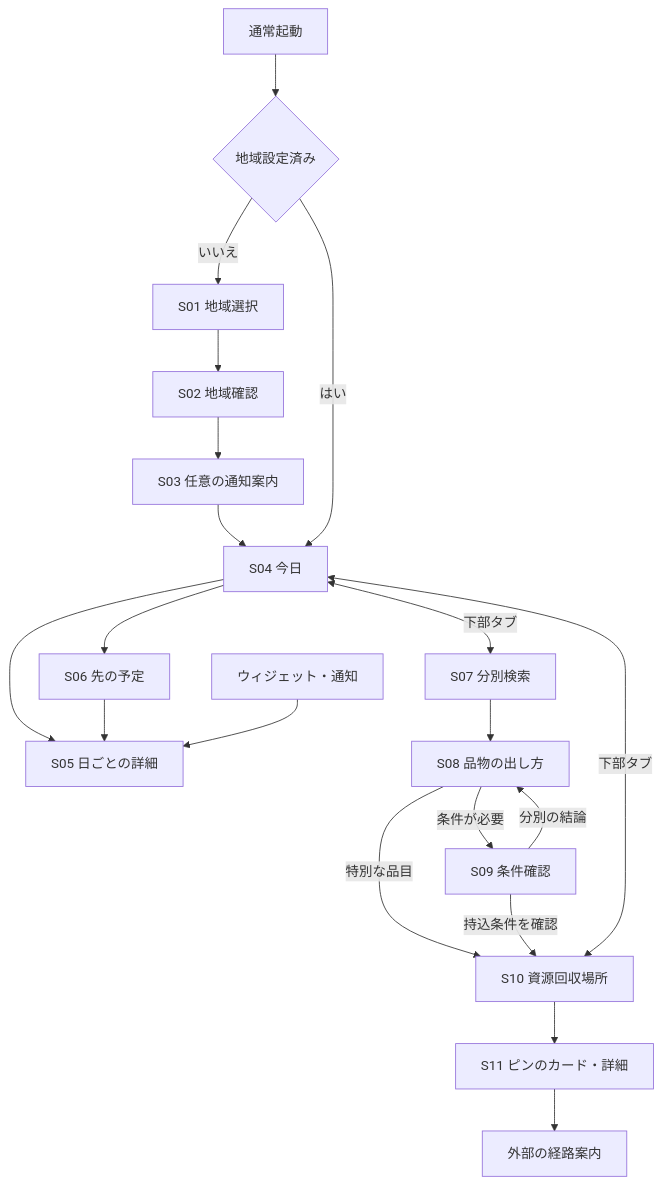
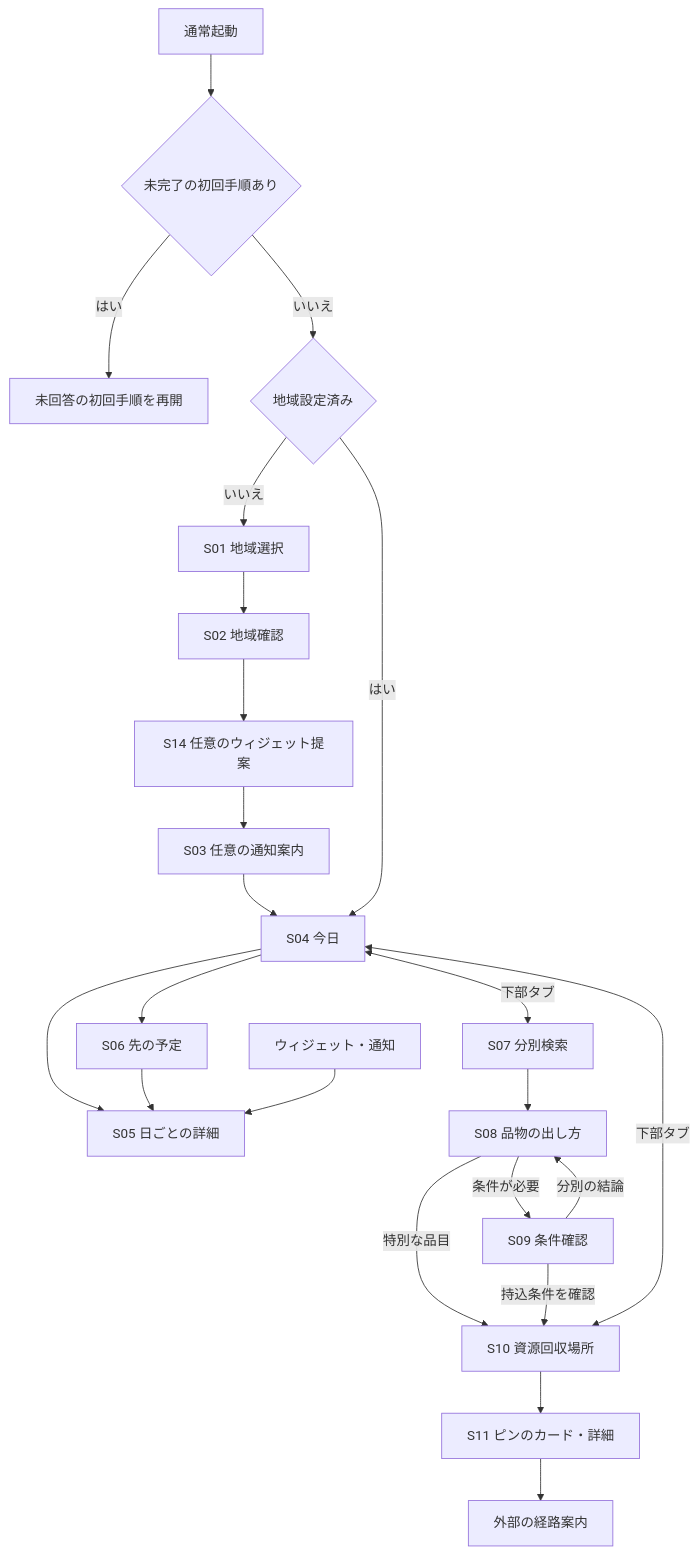
Before and after one commit to oukiito/gomimap: the diagram in docs/ux-design.md, drawn with Mermaid. The commit also changed other lines of this file and 36 other files, not shown here.

````diff
--- a/docs/ux-design.md
+++ b/docs/ux-design.md
@@ -49,22 +53,25 @@
 ```mermaid
 flowchart TD
-    Launch[通常起動] --> Saved{地域設定済み}
+    Launch[通常起動] --> Pending{未完了の初回手順あり}
+    Pending -->|はい| Resume[未回答の初回手順を再開]
+    Pending -->|いいえ| Saved{地域設定済み}
     Saved -->|いいえ| S01[S01 地域選択]
     S01 --> S02[S02 地域確認]
-    S02 --> S03[S03 任意の通知案内]
+    S02 --> S14[S14 任意のウィジェット提案]
+    S14 --> S03[S03 任意の通知案内]
     S03 --> S04[S04 今日]
     Saved -->|はい| S04
     S04 --> S05[S05 日ごとの詳細]
     S04 --> S06[S06 先の予定]
     S06 --> S05
     S04 <-->|下部タブ| S07[S07 分別検索]
     S07 --> S08[S08 品物の出し方]
     S08 -->|条件が必要| S09[S09 条件確認]
     S09 -->|分別の結論| S08
     S08 -->|特別な品目| S10[S10 資源回収場所]
     S09 -->|持込条件を確認| S10
     S04 <-->|下部タブ| S10
     S10 --> S11[S11 ピンのカード・詳細]
     S11 --> Route[外部の経路案内]
     Widget[ウィジェット・通知] --> S05
 ```
````
